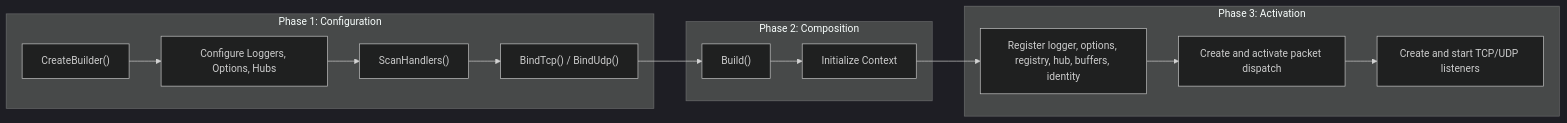
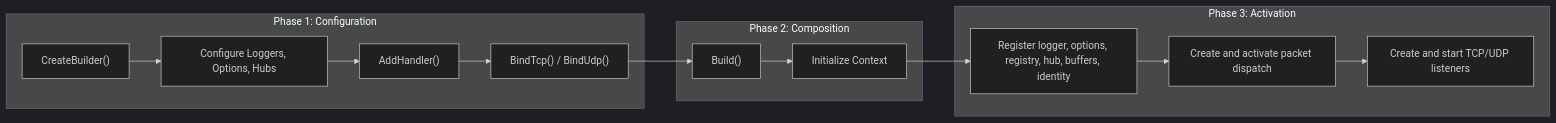
Before and after one commit to ppn-systems/Nalix: the diagram in docs/api/hosting/network-application.md, drawn with Mermaid (dark theme). The commit also changed other lines of this file and 63 other files, not shown here.

````diff
--- a/docs/api/hosting/network-application.md
+++ b/docs/api/hosting/network-application.md
@@ -27,19 +27,19 @@
 ```mermaid
 graph LR
     subgraph Configuration ["Phase 1: Configuration"]
         Create["CreateBuilder()"] --> Config["Configure Loggers, Options, Hubs"]
-        Config --> Discover["ScanHandlers()"]
+        Config --> Discover["AddHandler()"]
         Discover --> Bind["BindTcp() / BindUdp()"]
     end
 
     subgraph Composition ["Phase 2: Composition"]
         Bind --> Build["Build()"]
         Build --> Prep["Initialize Context"]
     end
 
     subgraph Activation ["Phase 3: Activation"]
         Prep --> Services["Register logger, options, registry, hub, buffers, identity"]
         Services --> Dispatch["Create and activate packet dispatch"]
         Dispatch --> Listeners["Create and start TCP/UDP listeners"]
     end
 ```
````
